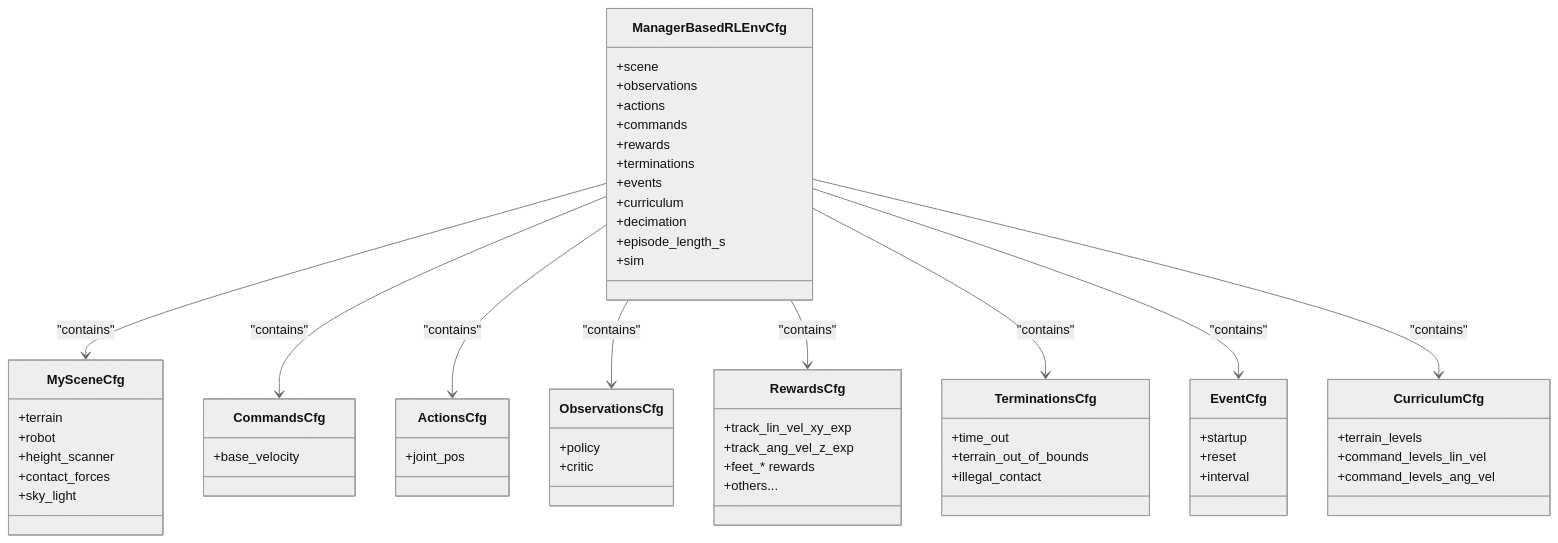
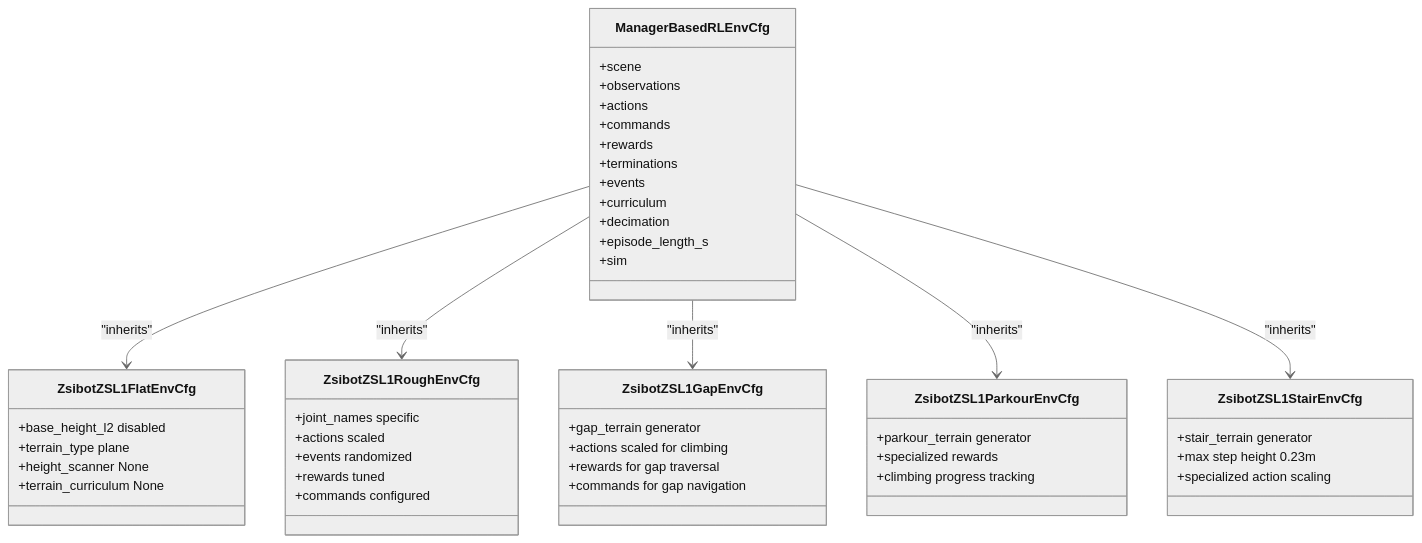
One commit to jayjayhust/robot_lab changed the fifth of 6 diagrams in .qoder/repowiki/en/content/Project Overview/Introduction and Purpose.md. Above: the diagram before and after it, drawn with Mermaid (neutral theme). The commit also changed other lines of this file and 8 other files, not shown here.

Commit message:
rectify parkour terrain config

````diff
--- a/.qoder/repowiki/en/content/Project Overview/Introduction and Purpose.md
+++ b/.qoder/repowiki/en/content/Project Overview/Introduction and Purpose.md
@@ -191,62 +232,50 @@
 ```mermaid
 classDiagram
 class ManagerBasedRLEnvCfg {
 +scene
 +observations
 +actions
 +commands
 +rewards
 +terminations
 +events
 +curriculum
 +decimation
 +episode_length_s
 +sim
 }
-class MySceneCfg {
-+terrain
-+robot
-+height_scanner
-+contact_forces
-+sky_light
+class ZsibotZSL1FlatEnvCfg {
++base_height_l2 disabled
++terrain_type plane
++height_scanner None
++terrain_curriculum None
 }
-class CommandsCfg {
-+base_velocity
+class ZsibotZSL1RoughEnvCfg {
++joint_names specific
++actions scaled
++events randomized
++rewards tuned
++commands configured
 }
-class ActionsCfg {
-+joint_pos
+class ZsibotZSL1GapEnvCfg {
++gap_terrain generator
++actions scaled for climbing
++rewards for gap traversal
++commands for gap navigation
 }
-class ObservationsCfg {
-+policy
-+critic
+class ZsibotZSL1ParkourEnvCfg {
++parkour_terrain generator
++specialized rewards
++climbing progress tracking
 }
-class RewardsCfg {
-+track_lin_vel_xy_exp
-+track_ang_vel_z_exp
-+feet_* rewards
-+others...
+class ZsibotZSL1StairEnvCfg {
++stair_terrain generator
++max step height 0.23m
++specialized action scaling
 }
-class TerminationsCfg {
-+time_out
-+terrain_out_of_bounds
-+illegal_contact
-}
-class EventCfg {
-+startup
-+reset
-+interval
-}
-class CurriculumCfg {
-+terrain_levels
-+command_levels_lin_vel
-+command_levels_ang_vel
-}
-ManagerBasedRLEnvCfg --> MySceneCfg : "contains"
-ManagerBasedRLEnvCfg --> CommandsCfg : "contains"
-ManagerBasedRLEnvCfg --> ActionsCfg : "contains"
-ManagerBasedRLEnvCfg --> ObservationsCfg : "contains"
-ManagerBasedRLEnvCfg --> RewardsCfg : "contains"
-ManagerBasedRLEnvCfg --> TerminationsCfg : "contains"
-ManagerBasedRLEnvCfg --> EventCfg : "contains"
-ManagerBasedRLEnvCfg --> CurriculumCfg : "contains"
+ManagerBasedRLEnvCfg --> ZsibotZSL1FlatEnvCfg : "inherits"
+ManagerBasedRLEnvCfg --> ZsibotZSL1RoughEnvCfg : "inherits"
+ManagerBasedRLEnvCfg --> ZsibotZSL1GapEnvCfg : "inherits"
+ManagerBasedRLEnvCfg --> ZsibotZSL1ParkourEnvCfg : "inherits"
+ManagerBasedRLEnvCfg --> ZsibotZSL1StairEnvCfg : "inherits"
 ```
````
